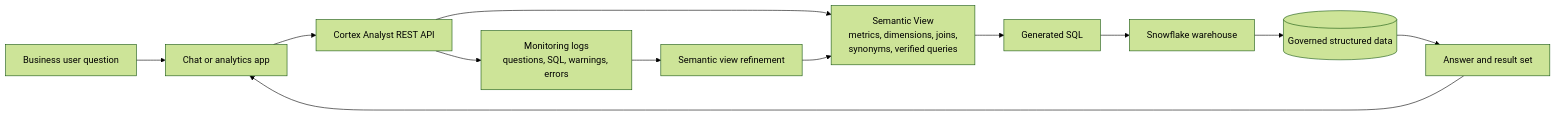
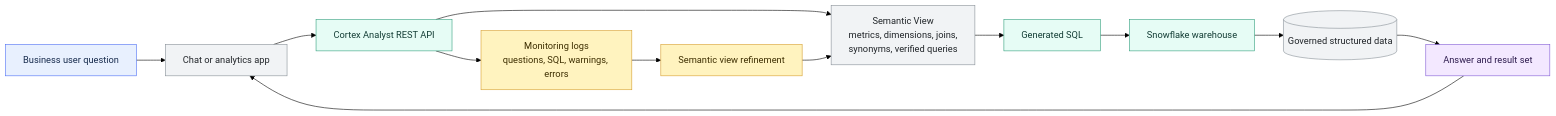
Before and after one commit to shonningsoy/Upskill: the diagram in 01 Snowflake/05 Advanced Analytics and AI/34 Cortex Analyst.md, drawn with Mermaid (forest theme). The commit also changed other lines of this file and 12 other files, not shown here.

````diff
--- a/01 Snowflake/05 Advanced Analytics and AI/34 Cortex Analyst.md
+++ b/01 Snowflake/05 Advanced Analytics and AI/34 Cortex Analyst.md
@@ -83,14 +86,25 @@
 ```mermaid
 flowchart LR
     USER["Business user question"] --> APP["Chat or analytics app"]
     APP --> API["Cortex Analyst REST API"]
     API --> SV["Semantic View<br/>metrics, dimensions, joins,<br/>synonyms, verified queries"]
     SV --> SQL["Generated SQL"]
     SQL --> WH["Snowflake warehouse"]
     WH --> DATA[("Governed structured data")]
     DATA --> RESULT["Answer and result set"]
     RESULT --> APP
     API --> LOGS["Monitoring logs<br/>questions, SQL, warnings, errors"]
     LOGS --> REFINE["Semantic view refinement"]
     REFINE --> SV
+
+    classDef input fill:#E8F0FE,stroke:#4C6EF5,color:#172B4D
+    classDef control fill:#FFF3BF,stroke:#D69E2E,color:#3D2E00
+    classDef snowflake fill:#E6FCF5,stroke:#2F9E7B,color:#123C34
+    classDef platform fill:#F1F3F5,stroke:#868E96,color:#212529
+    classDef output fill:#F3E8FF,stroke:#805AD5,color:#2D1B4E
+    class USER input
+    class API,SQL,WH snowflake
+    class APP,SV,DATA platform
+    class LOGS,REFINE control
+    class RESULT output
 ```
````
